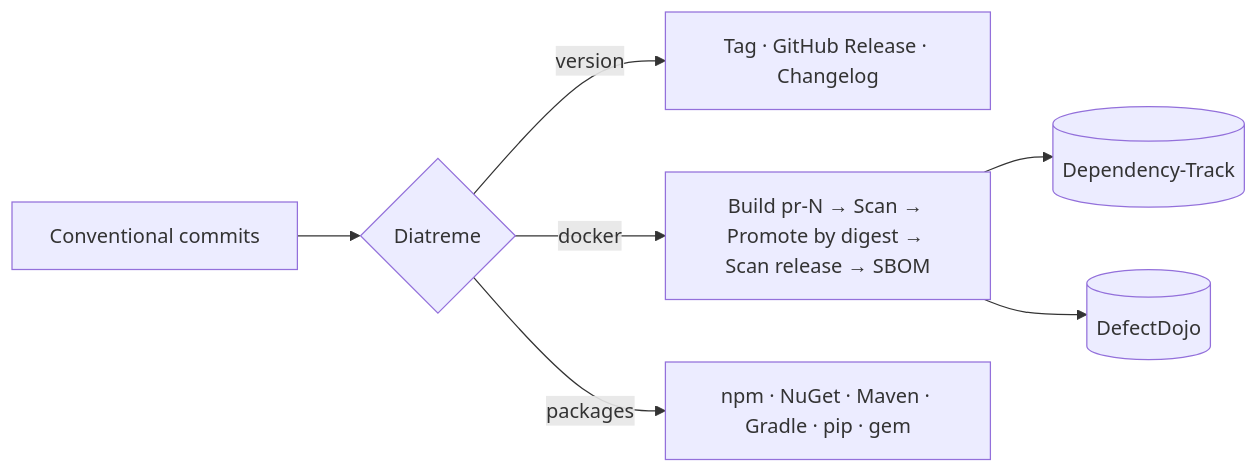
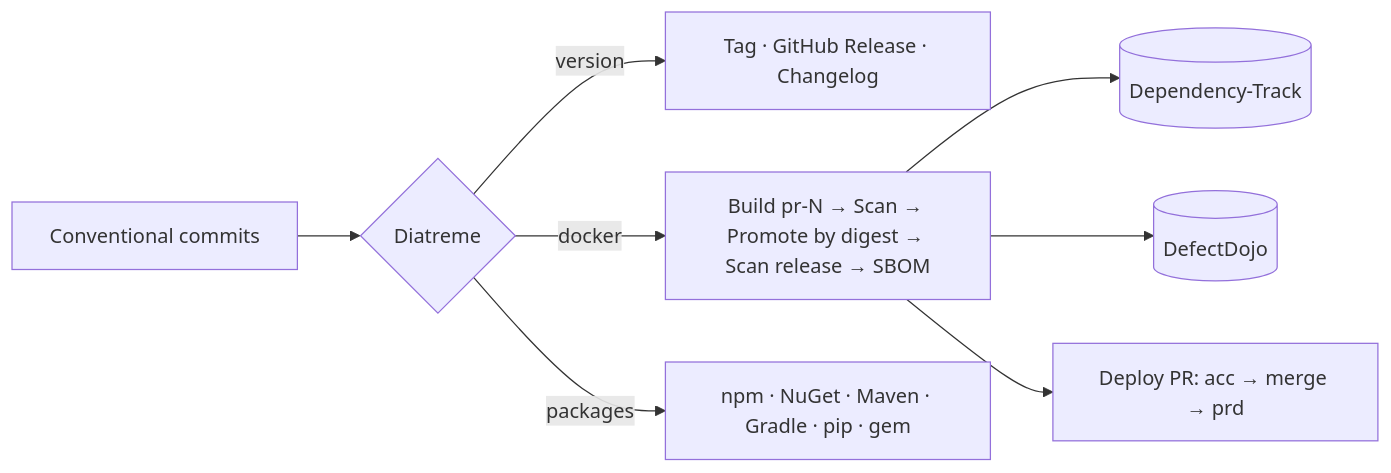
Before and after one commit to MagmaMoose/diatreme: the diagram in README.md, drawn with Mermaid. The commit also changed other lines of this file and 26 other files, not shown here.

````diff
--- a/README.md
+++ b/README.md
@@ -74,9 +77,10 @@
 ```mermaid
 flowchart LR
   C[Conventional commits] --> D{Diatreme}
   D -->|version| R[Tag · GitHub Release · Changelog]
   D -->|docker| I[Build pr-N → Scan → Promote by digest → Scan release → SBOM]
   D -->|packages| P[npm · NuGet · Maven · Gradle · pip · gem]
   I --> DT[(Dependency-Track)]
   I --> DD[(DefectDojo)]
+  I --> G[Deploy PR: acc → merge → prd]
 ```
````
